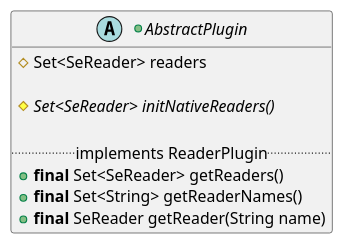
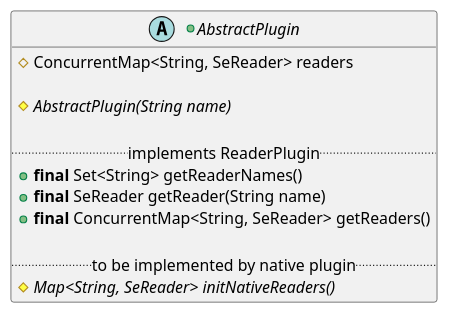
One commit to calypsonet/keyple changed diagram 18 of 26 in src/KeypleCoreApi/PluginApi/puml/KeypleCore-PluginApi-ClassDiag-SE_Proxy-ClassElements.iuml. Above: the diagram before and after it, drawn with PlantUML. The commit also changed other lines of this file and 18 other files, not shown here.

```diff
--- a/src/KeypleCoreApi/PluginApi/puml/KeypleCore-PluginApi-ClassDiag-SE_Proxy-ClassElements.iuml
+++ b/src/KeypleCoreApi/PluginApi/puml/KeypleCore-PluginApi-ClassDiag-SE_Proxy-ClassElements.iuml
@@ -320,12 +320,15 @@
 @startuml(id=PLUGIN_PLUGIN_0_9)
 +abstract AbstractPlugin {
-  #Set<SeReader> readers
+  #ConcurrentMap<String, SeReader> readers
 
-  #{abstract} Set<SeReader> initNativeReaders()
+  #{abstract} AbstractPlugin(String name)
 
   .. implements ReaderPlugin ..
-  +<b>final</b> Set<SeReader> getReaders()
   +<b>final</b> Set<String> getReaderNames()
   +<b>final</b> SeReader getReader(String name)
+  +<b>final</b> ConcurrentMap<String, SeReader> getReaders()
+
+  .. to be implemented by native plugin ..
+  #{abstract} Map<String, SeReader> initNativeReaders()
 }
 @enduml
```
